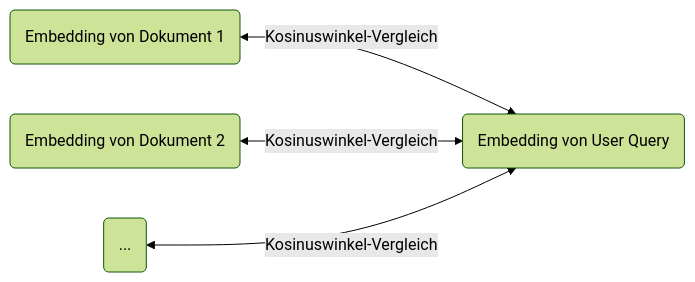
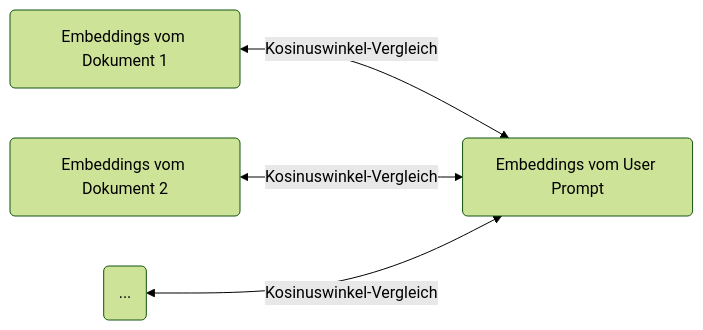
Diagram 11 of 11 in slides.md (FausztBenedek/fcb-presentation-ki-workflow), drawn with Mermaid (forest theme) before and after one commit. The commit also changed other lines of this file, not shown here.

````diff
--- a/slides.md
+++ b/slides.md
@@ -812,7 +812,7 @@
 ```mermaid
 graph LR
-    user_query("Embedding von User Query")
-    d1("Embedding von Dokument 1") <--> |Kosinuswinkel-Vergleich|user_query
-    d2("Embedding von Dokument 2") <--> |Kosinuswinkel-Vergleich|user_query
+    user_query("Embeddings vom User Prompt")
+    d1("Embeddings vom Dokument 1") <--> |Kosinuswinkel-Vergleich|user_query
+    d2("Embeddings vom Dokument 2") <--> |Kosinuswinkel-Vergleich|user_query
     d_other("...") <--> |Kosinuswinkel-Vergleich|user_query
 ```
````
